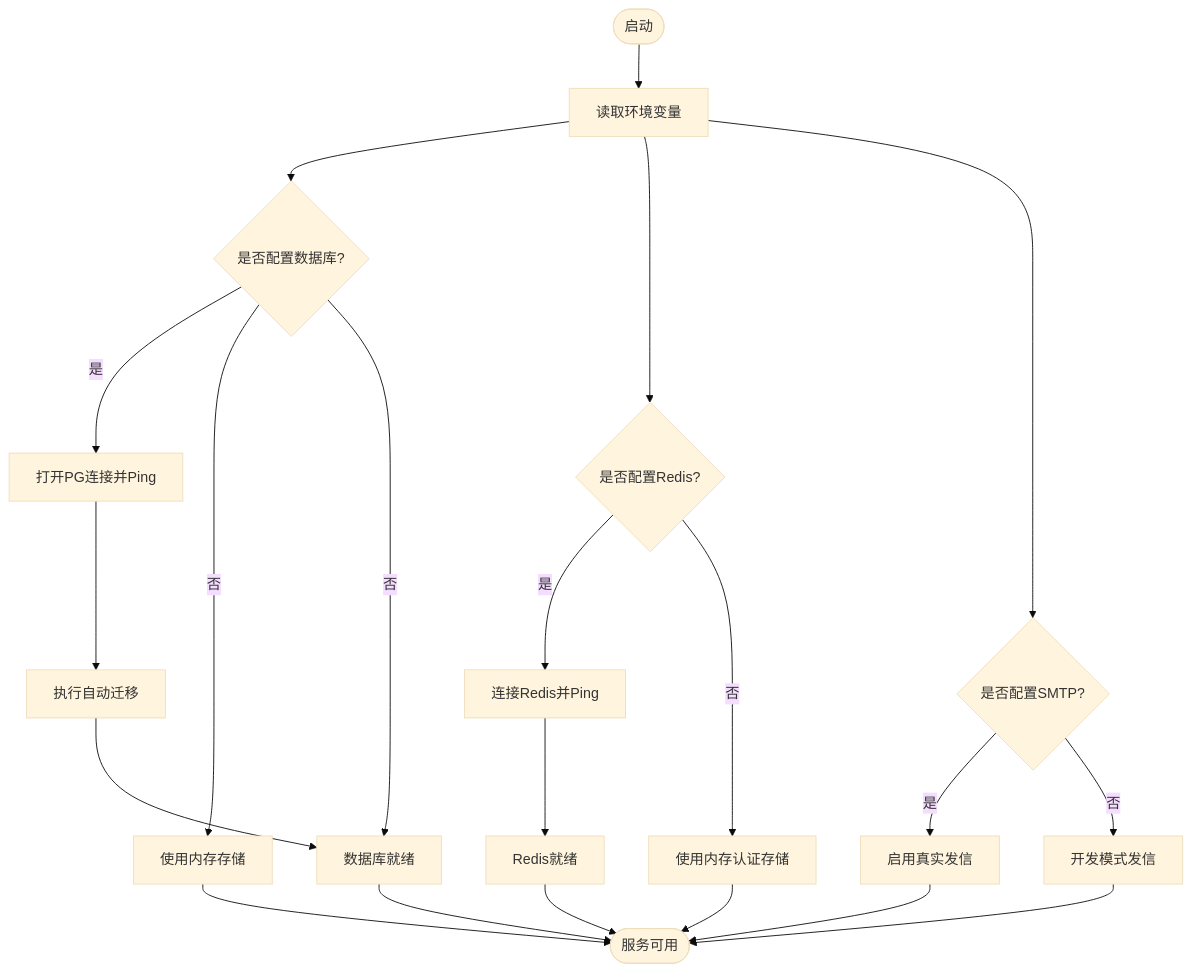
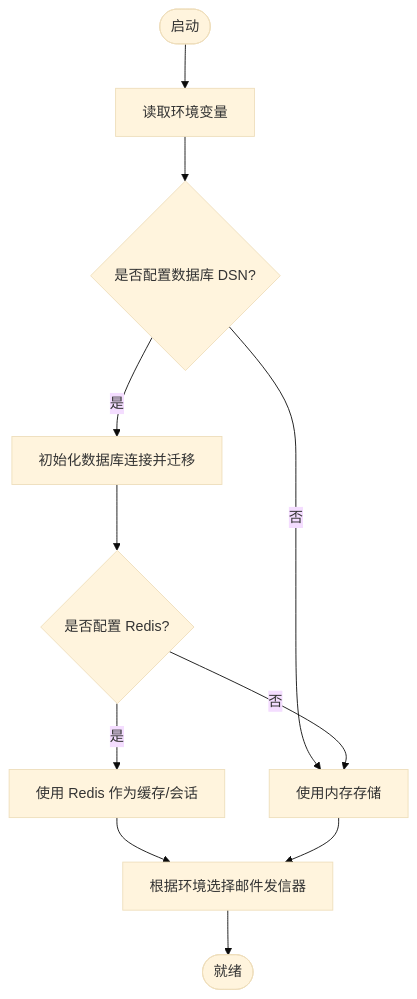
The third of 5 diagrams in .qoder/repowiki/zh/content/部署指南/生产环境部署/环境变量配置.md (alvinwangzi/goodhr), drawn with Mermaid (base theme) before and after one commit. The commit also changed other lines of this file and 149 other files, not shown here.

````diff
--- a/.qoder/repowiki/zh/content/部署指南/生产环境部署/环境变量配置.md
+++ b/.qoder/repowiki/zh/content/部署指南/生产环境部署/环境变量配置.md
@@ -109,23 +146,13 @@
 ```mermaid
 flowchart TD
 Start(["启动"]) --> LoadEnv["读取环境变量"]
-LoadEnv --> CheckDB{"是否配置数据库?"}
-CheckDB --> |是| OpenDB["打开PG连接并Ping"]
-CheckDB --> |否| UseMemDB["使用内存存储"]
-OpenDB --> Migrate["执行自动迁移"]
-Migrate --> ReadyDB["数据库就绪"]
-CheckDB --> |否| ReadyDB
-LoadEnv --> CheckRedis{"是否配置Redis?"}
-CheckRedis --> |是| ConnectRedis["连接Redis并Ping"]
-CheckRedis --> |否| UseMemAuth["使用内存认证存储"]
-ConnectRedis --> ReadyRedis["Redis就绪"]
-LoadEnv --> CheckSMTP{"是否配置SMTP?"}
-CheckSMTP --> |是| UseSMTP["启用真实发信"]
-CheckSMTP --> |否| UseDevMail["开发模式发信"]
-ReadyDB --> End(["服务可用"])
-ReadyRedis --> End
-UseSMTP --> End
-UseDevMail --> End
-UseMemDB --> End
-UseMemAuth --> End
+LoadEnv --> CheckDSN{"是否配置数据库 DSN?"}
+CheckDSN --> |否| UseMemory["使用内存存储"]
+CheckDSN --> |是| InitDB["初始化数据库连接并迁移"]
+InitDB --> CheckRedis{"是否配置 Redis?"}
+CheckRedis --> |是| UseRedis["使用 Redis 作为缓存/会话"]
+CheckRedis --> |否| UseMemory
+UseRedis --> Mailer["根据环境选择邮件发信器"]
+UseMemory --> Mailer
+Mailer --> End(["就绪"])
 ```
````
